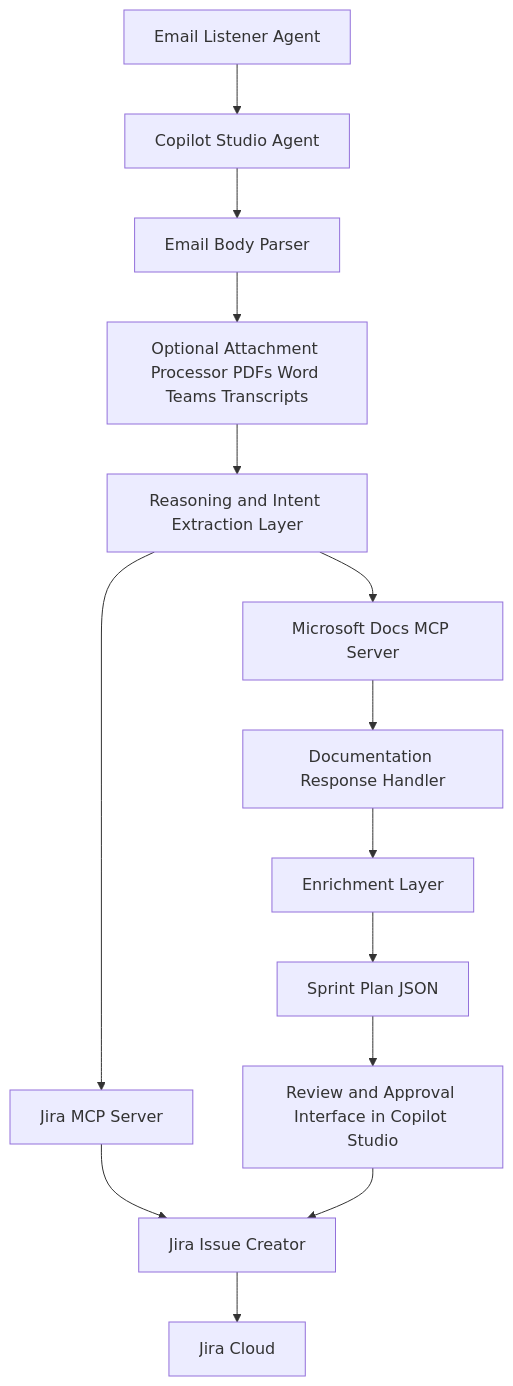
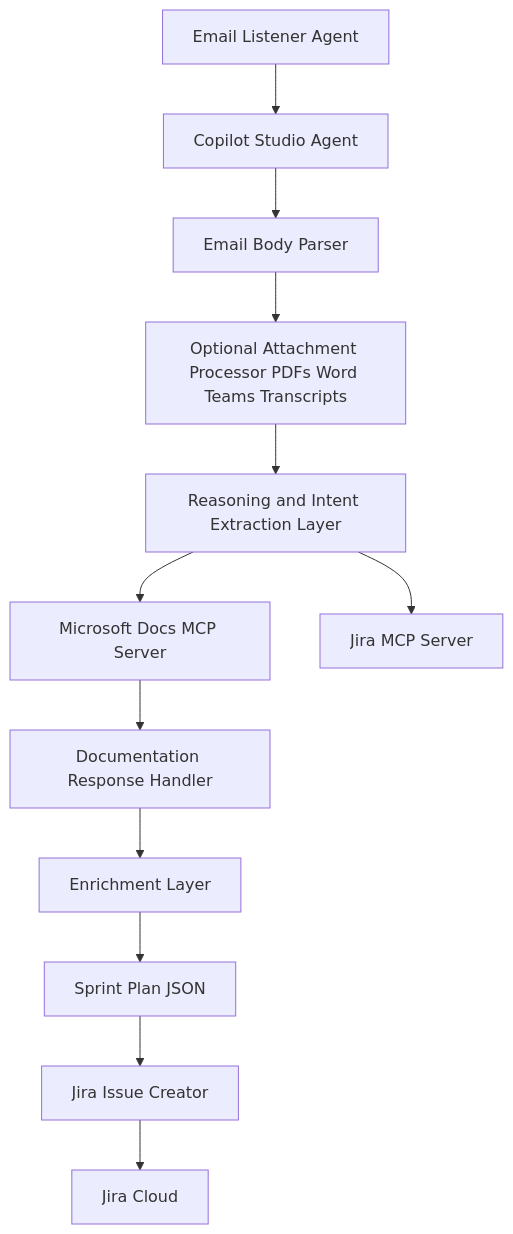
The diagram in readme.md (Shrusti13/sprint-forge), drawn with Mermaid before and after one commit.

````diff
--- a/readme.md
+++ b/readme.md
@@ -42,23 +42,22 @@
 ```mermaid
 flowchart TD
 
 A[Email Listener Agent] --> B[Copilot Studio Agent]
 B --> C[Email Body Parser]
 C --> D[Optional Attachment Processor PDFs Word Teams Transcripts]
 
 D --> E[Reasoning and Intent Extraction Layer]
 
 E --> F[Microsoft Docs MCP Server]
 E --> G[Jira MCP Server]
 
 F --> H[Documentation Response Handler]
 H --> I[Enrichment Layer]
 
 I --> J[Sprint Plan JSON]
 
-G --> K[Jira Issue Creator]
+J --> K[Jira Issue Creator]
 
-J --> L[Review and Approval Interface in Copilot Studio]
-L --> K
 K --> M[Jira Cloud]
+
 ```
````
